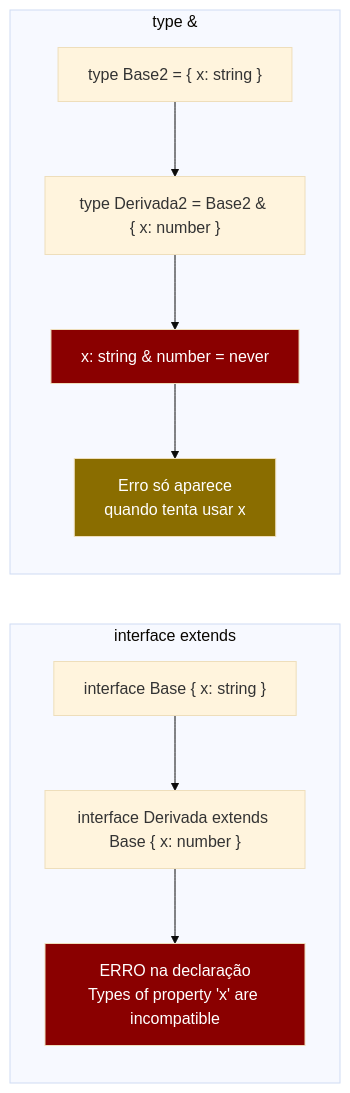
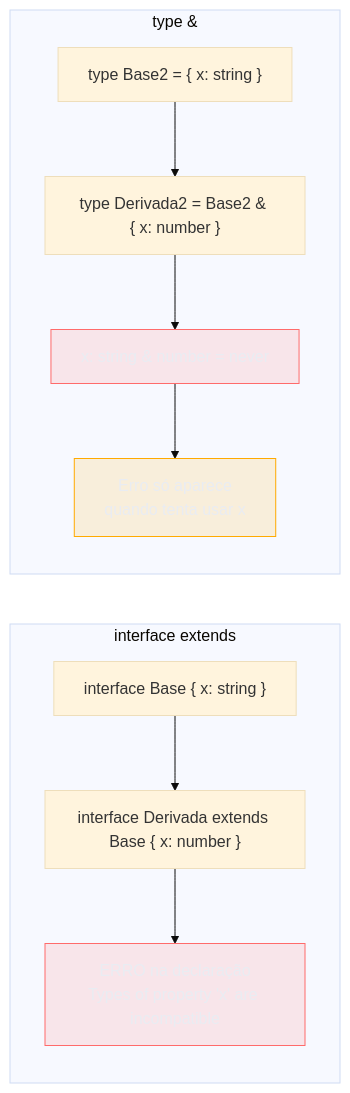
One commit to josenaldo/codex-technomanticus changed the second of 4 diagrams in 03-Dominios/Tecnologia/TypeScript/06 - Objetos - interface vs type.md. Above: the diagram before and after it, drawn with Mermaid (base theme). The commit also changed other lines of this file and 1181 other files, not shown here.

First line of the commit message:
fix(diagramas): paleta do sistema no lugar de cor cravada no markdown

````diff
--- a/03-Dominios/Tecnologia/TypeScript/06 - Objetos - interface vs type.md
+++ b/03-Dominios/Tecnologia/TypeScript/06 - Objetos - interface vs type.md
@@ -271,15 +274,17 @@
 ```mermaid
 flowchart LR
+    classDef falha fill:#FF6B6B24,stroke:#FF6B6B,color:#E9ECF2
+    classDef destaque fill:#FFAA0024,stroke:#FFAA00,color:#E9ECF2
     subgraph EXT["interface extends"]
         A["interface Base { x: string }"] --> B["interface Derivada extends Base { x: number }"]
         B --> EERR["ERRO na declaração\nTypes of property 'x' are incompatible"]
-        style EERR fill:#8a0000,color:#fff
+        class EERR falha
     end
     subgraph INT["type &"]
         C["type Base2 = { x: string }"] --> D["type Derivada2 = Base2 & { x: number }"]
         D --> ENEV["x: string & number = never"]
         ENEV --> IUSE["Erro só aparece\nquando tenta usar x"]
-        style ENEV fill:#8a0000,color:#fff
-        style IUSE fill:#8a6d00,color:#fff
+        class ENEV falha
+        class IUSE destaque
     end
 ```
````
